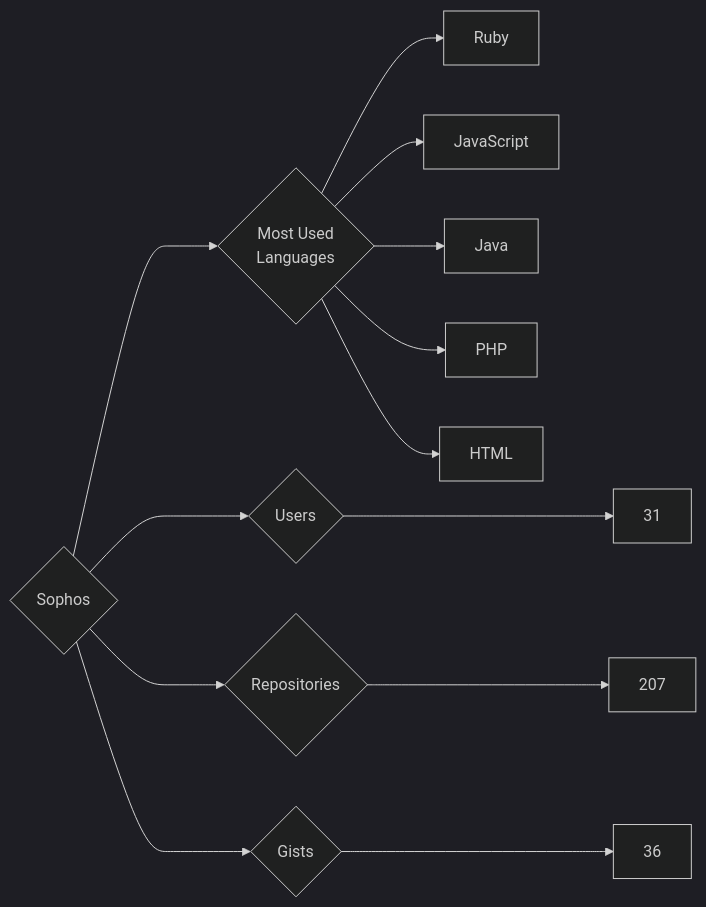
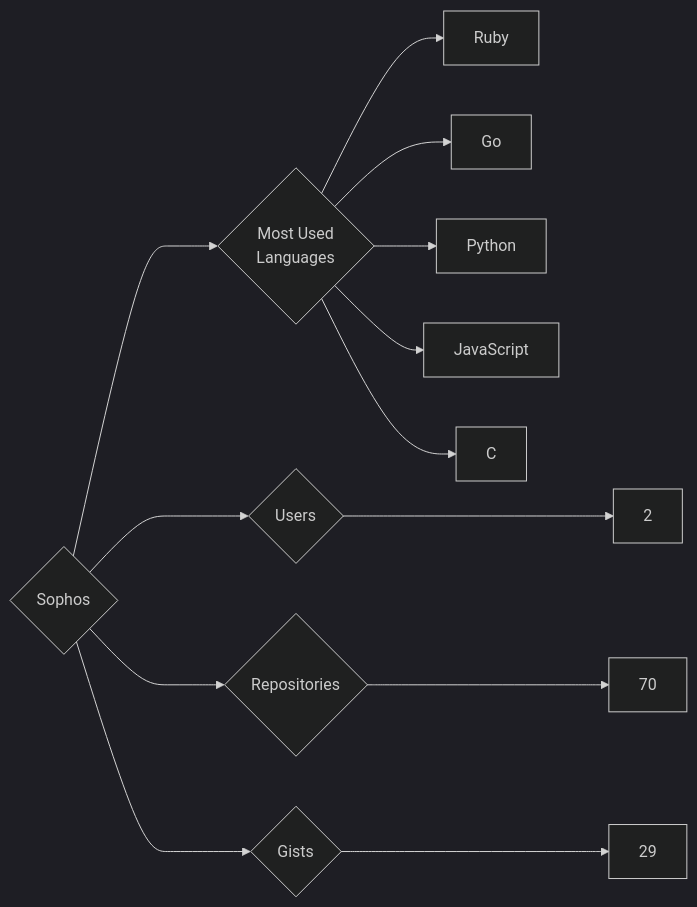
One commit to trickest/insiders changed the diagram in targets/Sophos/README.md. Above: the diagram before and after it, drawn with Mermaid (dark theme). The commit also changed 444 other files, not shown here.

````diff
--- a/targets/Sophos/README.md
+++ b/targets/Sophos/README.md
@@ -3,13 +3,13 @@
 ```mermaid
 graph LR
 COMPANY_NAME{Sophos}
-COMPANY_NAME ---> U{Users} ---> UN[31]
-COMPANY_NAME ---> R{Repositories} ---> RN[207]
-COMPANY_NAME ---> G{Gists} ---> GN[36]
+COMPANY_NAME ---> U{Users} ---> UN[2]
+COMPANY_NAME ---> R{Repositories} ---> RN[70]
+COMPANY_NAME ---> G{Gists} ---> GN[29]
 COMPANY_NAME ---> ML{Most Used<br>Languages}
 ML --> Ruby[Ruby]
+ML --> Go[Go]
+ML --> Python[Python]
 ML --> JavaScript[JavaScript]
-ML --> Java[Java]
-ML --> PHP[PHP]
-ML --> HTML[HTML]
+ML --> C[C]
 ```
````
